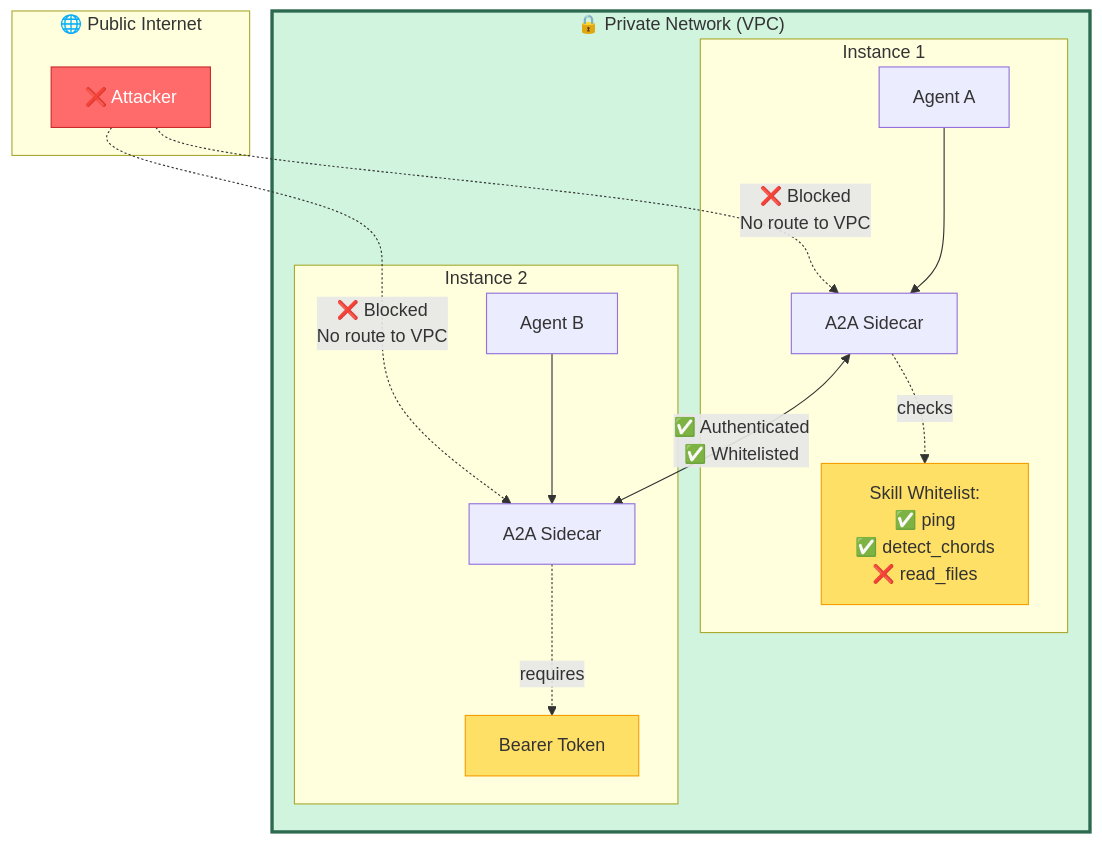
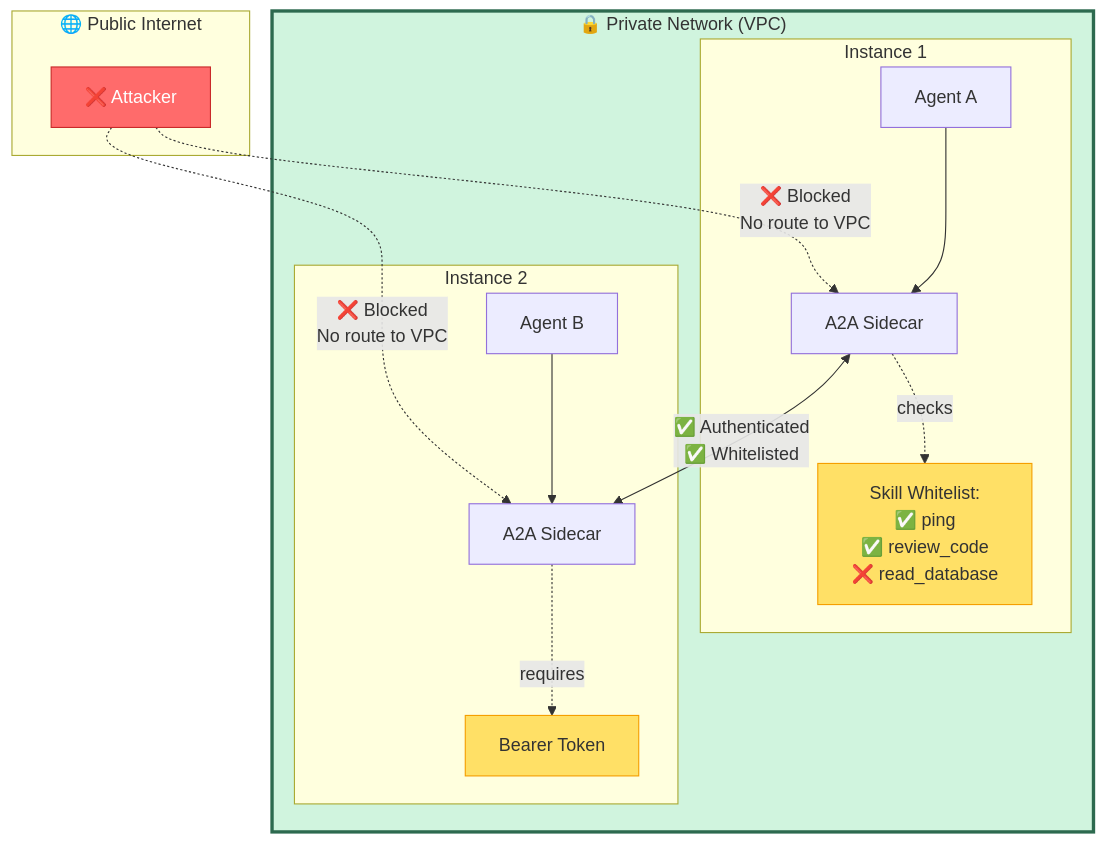
Before and after one commit to paprini/clawbridge: the third of 8 diagrams in README.md, drawn with Mermaid. The commit also changed other lines of this file, not shown here.

````diff
--- a/README.md
+++ b/README.md
@@ -162,36 +162,36 @@
 ```mermaid
 graph TB
     subgraph Public["🌐 Public Internet"]
         Attacker[❌ Attacker]
     end
     
     subgraph VPC["🔒 Private Network (VPC)"]
         subgraph Instance1["Instance 1"]
             Agent1[Agent A]
             Sidecar1[A2A Sidecar]
-            Whitelist1[Skill Whitelist:<br/>✅ ping<br/>✅ detect_chords<br/>❌ read_files]
+            Whitelist1[Skill Whitelist:<br/>✅ ping<br/>✅ review_code<br/>❌ read_database]
             
             Agent1 --> Sidecar1
             Sidecar1 -.checks.-> Whitelist1
         end
         
         subgraph Instance2["Instance 2"]
             Agent2[Agent B]
             Sidecar2[A2A Sidecar]
             Token2[Bearer Token]
             
             Agent2 --> Sidecar2
             Sidecar2 -.requires.-> Token2
         end
         
         Sidecar1 <-->|✅ Authenticated<br/>✅ Whitelisted| Sidecar2
     end
     
     Attacker -.->|❌ Blocked<br/>No route to VPC| Sidecar1
     Attacker -.->|❌ Blocked<br/>No route to VPC| Sidecar2
     
     style Attacker fill:#ff6b6b,stroke:#c92a2a,color:#fff
     style VPC fill:#d0f4de,stroke:#2d6a4f,stroke-width:3px
     style Whitelist1 fill:#ffe066,stroke:#f59f00
     style Token2 fill:#ffe066,stroke:#f59f00
 ```
````
